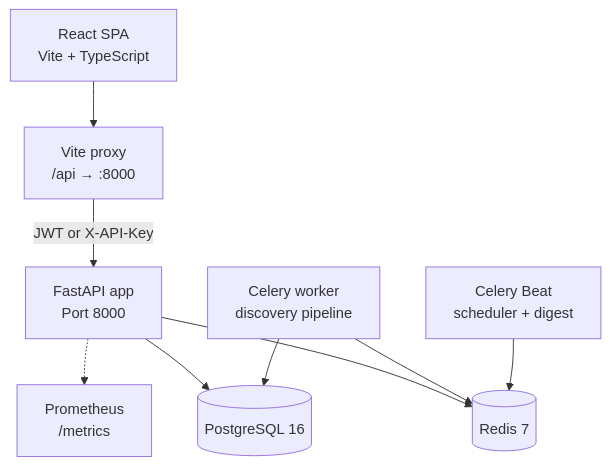
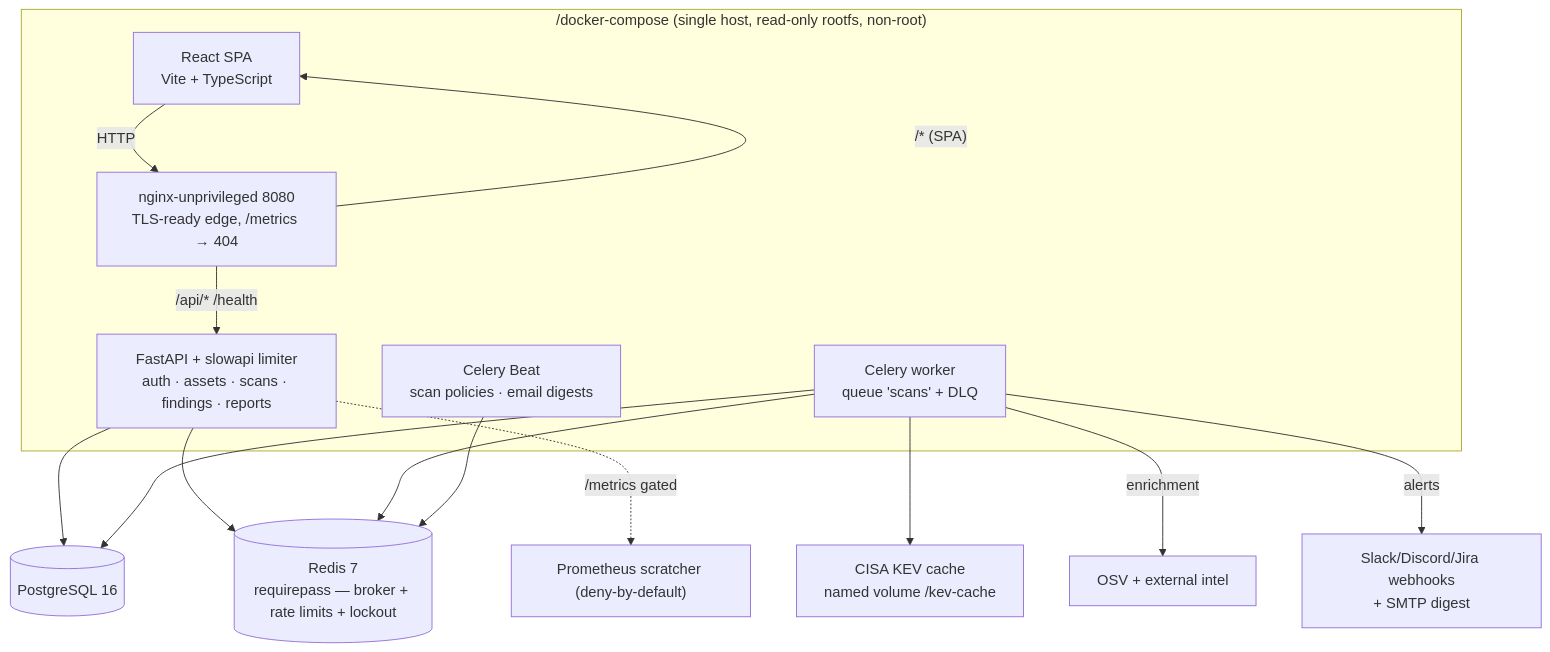
Before and after one commit to soumyajit-cys/Attack-Surface-Management-ASM-Platform: the diagram in README.md, drawn with Mermaid. The commit also changed other lines of this file, not shown here.

````diff
--- a/README.md
+++ b/README.md
@@ -25,20 +41,28 @@
 ```mermaid
 flowchart TD
-    BROWSER["React SPA<br/>Vite + TypeScript"]
-    PROXY["Vite proxy<br/>/api → :8000"]
-    API["FastAPI app<br/>Port 8000"]
-    DB[(PostgreSQL 16)]
-    REDIS[(Redis 7)]
-    WORKER["Celery worker<br/>discovery pipeline"]
-    BEAT["Celery Beat<br/>scheduler + digest"]
-    PROM["Prometheus<br/>/metrics"]
+    subgraph EDGE["/docker-compose (single host, read-only rootfs, non-root)"]
+        BROWSER["React SPA<br/>Vite + TypeScript"]
+        NGINX["nginx-unprivileged 8080<br/>TLS-ready edge, /metrics → 404"]
+        API["FastAPI + slowapi limiter<br/>auth · assets · scans · findings · reports"]
+        WORKER["Celery worker<br/>queue 'scans' + DLQ"]
+        BEAT["Celery Beat<br/>scan policies · email digests"]
+    end
+    PG[(PostgreSQL 16)]
+    RD[(Redis 7<br/>requirepass — broker + rate limits + lockout)]
+    KEV["CISA KEV cache<br/>named volume /kev-cache"]
+    MAIL["OSV + external intel"]
+    WEB["Slack/Discord/Jira webhooks<br/>+ SMTP digest"]
 
-    BROWSER --> PROXY
-    PROXY -->|JWT or X-API-Key| API
-    API --> DB
-    API --> REDIS
-    WORKER --> REDIS
-    WORKER --> DB
-    BEAT --> REDIS
-    API -.-> PROM
+    BROWSER -->|HTTP| NGINX
+    NGINX -->|/api/* /health| API
+    NGINX -->|"/* (SPA)"| BROWSER
+    API --> PG
+    API --> RD
+    WORKER --> RD
+    WORKER --> PG
+    WORKER --> KEV
+    BEAT --> RD
+    WORKER -->|enrichment| MAIL
+    WORKER -->|alerts| WEB
+    API -.->|/metrics gated| PROM["Prometheus scratcher (deny-by-default)"]
 ```
````
